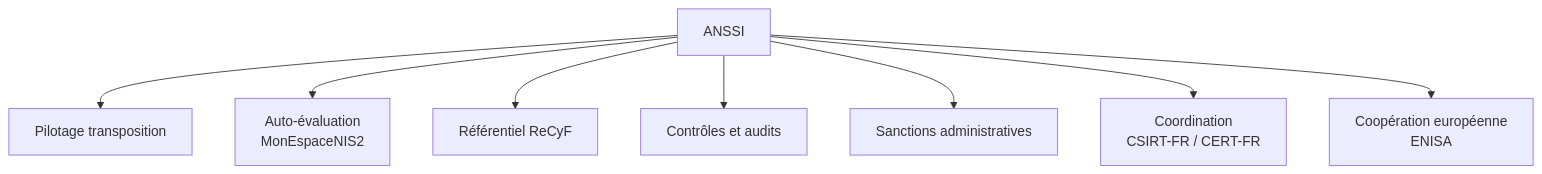
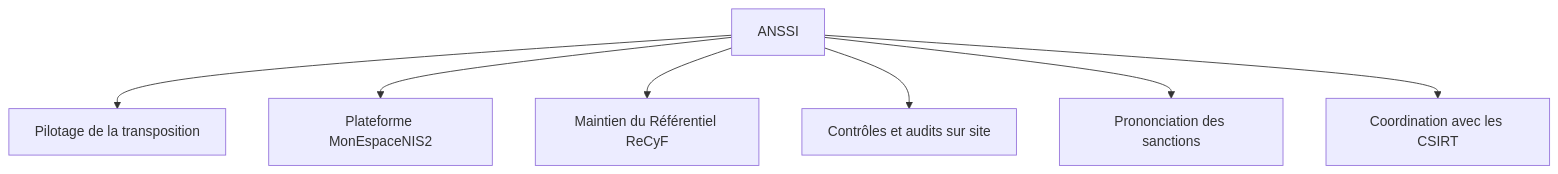
Before and after one commit to zyrass/omnydocs: the eighth of 8 diagrams in docs/cursus-forensic/01-cycle-0-fondations/module-1-legislation/07-nis2-loi-resilience.md, drawn with Mermaid. The commit also changed other lines of this file and 171 other files, not shown here.

````diff
--- a/docs/cursus-forensic/01-cycle-0-fondations/module-1-legislation/07-nis2-loi-resilience.md
+++ b/docs/cursus-forensic/01-cycle-0-fondations/module-1-legislation/07-nis2-loi-resilience.md
@@ -343,10 +356,9 @@
 ```mermaid
 flowchart TB
-    A[ANSSI] --> B[Pilotage transposition]
-    A --> C[Auto-évaluation<br>MonEspaceNIS2]
-    A --> D[Référentiel ReCyF]
-    A --> E[Contrôles et audits]
-    A --> F[Sanctions administratives]
-    A --> G[Coordination<br>CSIRT-FR / CERT-FR]
-    A --> H[Coopération européenne<br>ENISA]
+    A["ANSSI"] --> B["Pilotage de la transposition"]
+    A --> C["Plateforme MonEspaceNIS2"]
+    A --> D["Maintien du Référentiel ReCyF"]
+    A --> E["Contrôles et audits sur site"]
+    A --> F["Prononciation des sanctions"]
+    A --> G["Coordination avec les CSIRT"]
 ```
````
